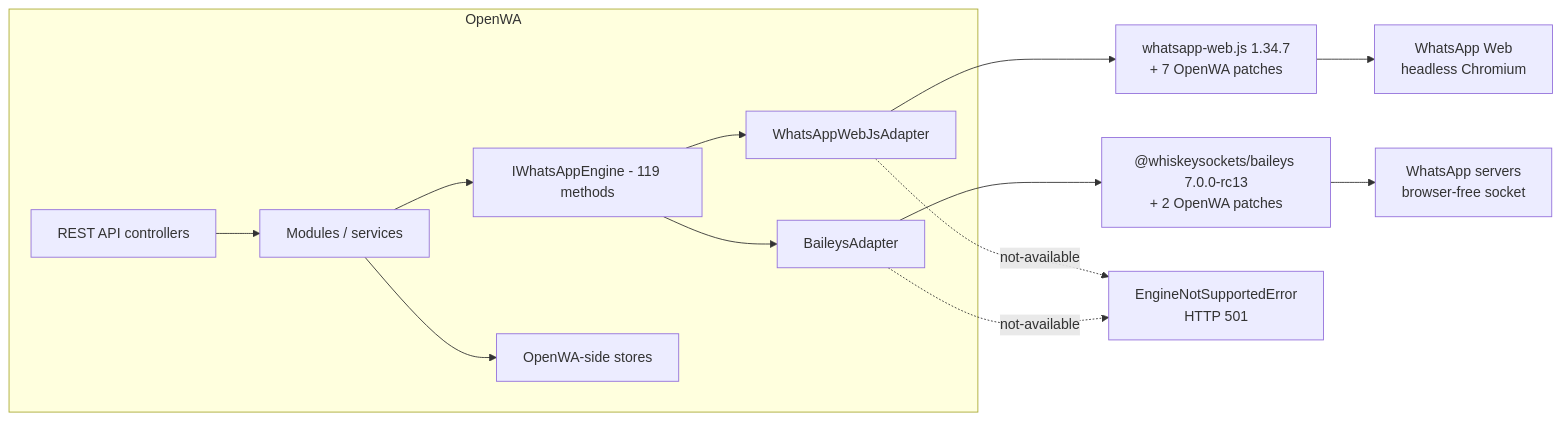
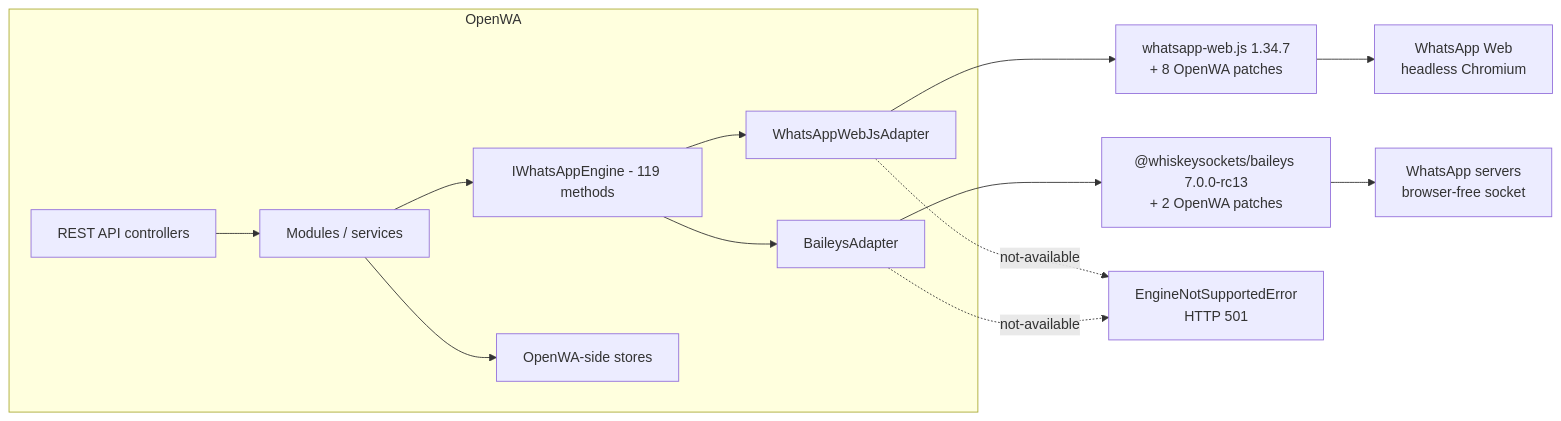
One commit to purnamcommunity/OpenWA changed the first of 2 diagrams in docs/29-engine-capability-matrix.md. Above: the diagram before and after it, drawn with Mermaid. The commit also changed other lines of this file and 9 other files, not shown here.

````diff
--- a/docs/29-engine-capability-matrix.md
+++ b/docs/29-engine-capability-matrix.md
@@ -43,16 +43,16 @@
 ```mermaid
 flowchart LR
     subgraph OpenWA["OpenWA"]
         API["REST API controllers"] --> SVC["Modules / services"]
         SVC --> IF["IWhatsAppEngine - 119 methods"]
         IF --> WA["WhatsAppWebJsAdapter"]
         IF --> BA["BaileysAdapter"]
         SVC --> STORE["OpenWA-side stores"]
     end
-    WA --> WLIB["whatsapp-web.js 1.34.7<br/>+ 7 OpenWA patches"]
+    WA --> WLIB["whatsapp-web.js 1.34.7<br/>+ 8 OpenWA patches"]
     BA --> BLIB["@whiskeysockets/baileys 7.0.0-rc13<br/>+ 2 OpenWA patches"]
     WLIB --> WEB["WhatsApp Web<br/>headless Chromium"]
     BLIB --> WAS["WhatsApp servers<br/>browser-free socket"]
     WA -.->|"not-available"| E["EngineNotSupportedError<br/>HTTP 501"]
     BA -.->|"not-available"| E
 ```
````
